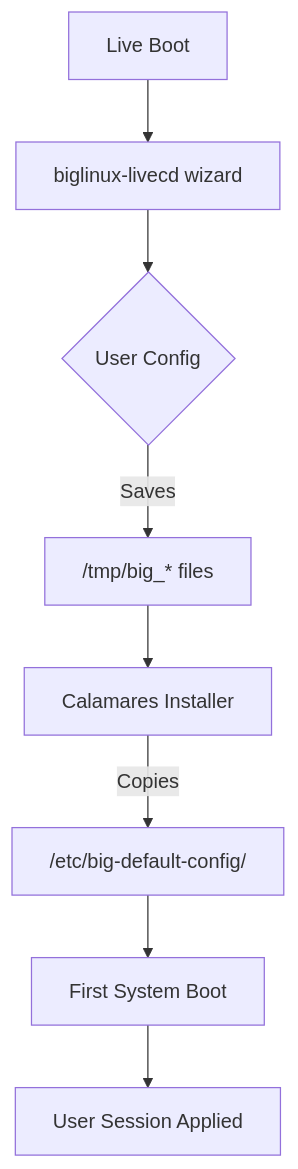
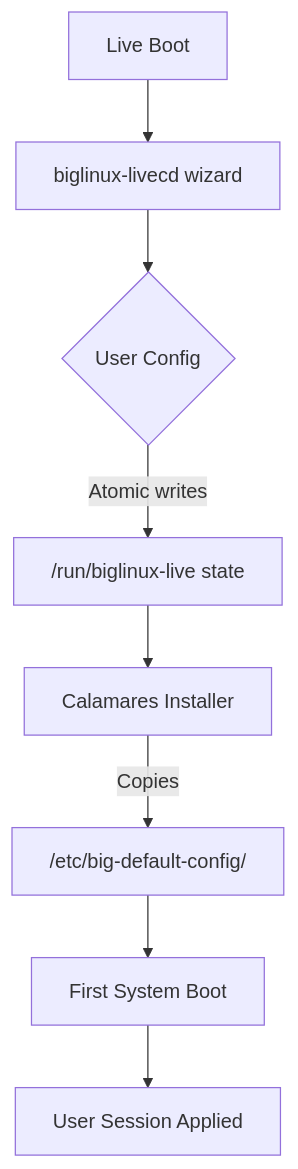
Before and after one commit to biglinux/biglinux-livecd: the diagram in README.md, drawn with Mermaid. The commit also changed other lines of this file and 109 other files, not shown here.

Commit message:
Harden and modernize live installer flows

````diff
--- a/README.md
+++ b/README.md
@@ -50,10 +50,10 @@
 ```mermaid
 graph TD
     A[Live Boot] --> B[biglinux-livecd wizard]
     B --> C{User Config}
-    C -->|Saves| D["/tmp/big_* files"]
+    C -->|Atomic writes| D["/run/biglinux-live state"]
     D --> E[Calamares Installer]
     E -->|Copies| F["/etc/big-default-config/"]
     F --> G[First System Boot]
     G --> H[User Session Applied]
 ```
````
